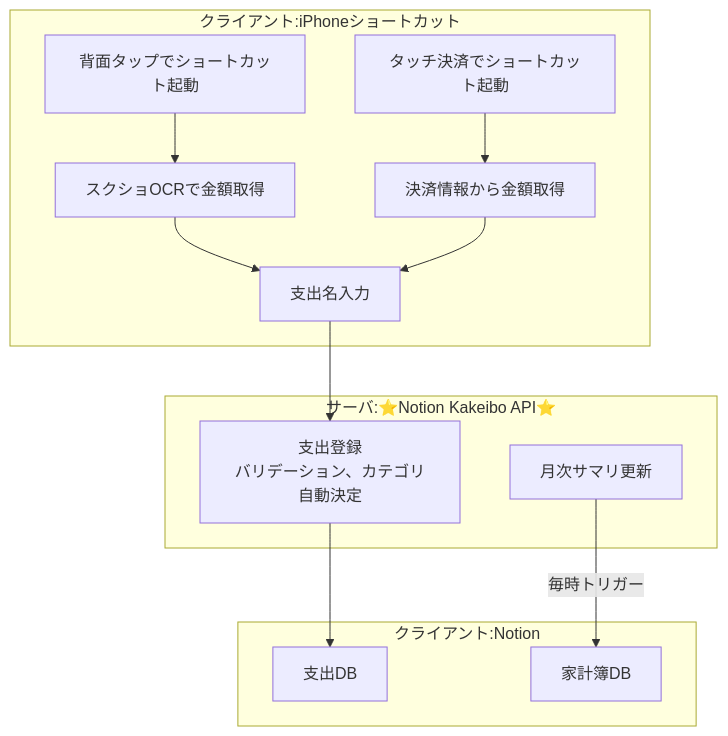
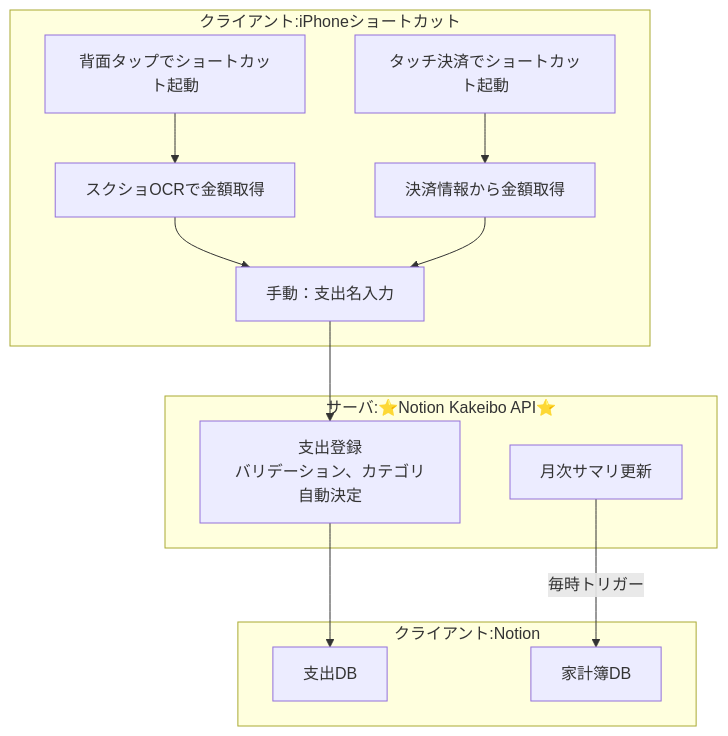
One commit to makim0939/notion-kakeibo-api changed the diagram in README.md. Above: the diagram before and after it, drawn with Mermaid.

Commit message:
docs: Readmeフロチャ修正

````diff
--- a/README.md
+++ b/README.md
@@ -14,30 +14,30 @@
 ```mermaid
 graph TD;
 
 subgraph client[クライアント:iPhoneショートカット]
   runShortcutTap[背面タップでショートカット起動] 
   runShortcutNfc[タッチ決済でショートカット起動]
   getAmountByCapture[スクショOCRで金額取得]
   getAmountByTransaction[決済情報から金額取得]
-  enterInfo[支出名入力] 
+  enterInfo[手動：支出名入力] 
 end
 
 subgraph server[サーバ:⭐️Notion Kakeibo API⭐️]
   newExpense[支出登録\nバリデーション、カテゴリ自動決定]
   updateSummary[月次サマリ更新]
 end
 
 subgraph notion[クライアント:Notion]
   ExpenseDB[支出DB]
   KakeiboDB[家計簿DB]
 end
 
 runShortcutTap --> getAmountByCapture
 runShortcutNfc　--> getAmountByTransaction
 getAmountByCapture--> enterInfo
 getAmountByTransaction --> enterInfo
 enterInfo --> newExpense
 newExpense --> ExpenseDB
 updateSummary -- 毎時トリガー --> KakeiboDB
 
 ```
````
